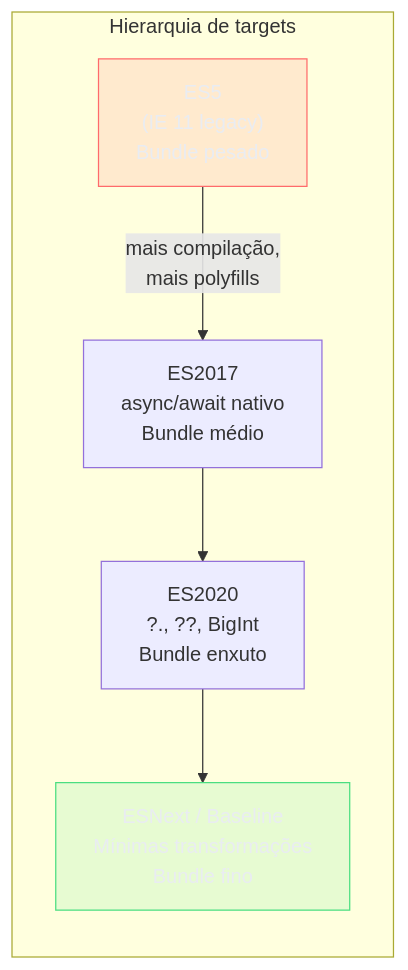
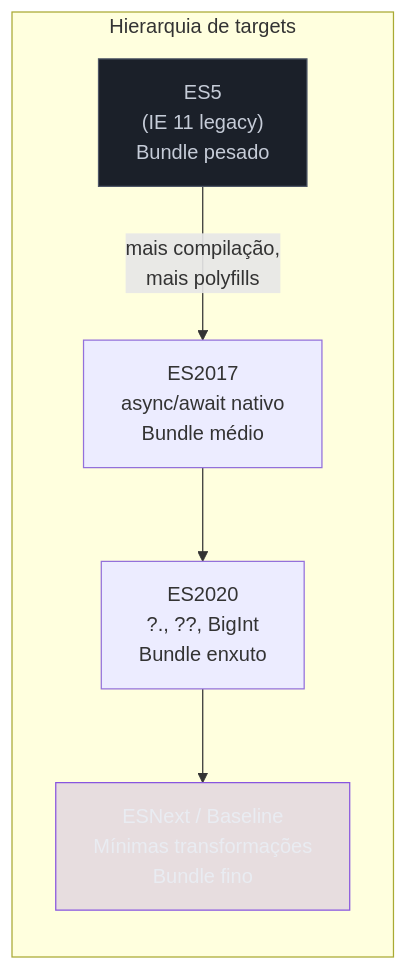
Before and after one commit to josenaldo/codex-technomanticus: the third of 8 diagrams in 03-Dominios/Tecnologia/Tooling e Build/08 - Transpilação e targets.md, drawn with Mermaid. The commit also changed other lines of this file and 601 other files, not shown here.

````diff
--- a/03-Dominios/Tecnologia/Tooling e Build/08 - Transpilação e targets.md
+++ b/03-Dominios/Tecnologia/Tooling e Build/08 - Transpilação e targets.md
@@ -255,18 +255,18 @@
 ```mermaid
 graph LR
-    classDef falha fill:#FF6B6B24,stroke:#FF6B6B,color:#E9ECF2
-    classDef ok fill:#4ADE8021,stroke:#4ADE80,color:#E9ECF2
+    classDef marca fill:#8855DF33,stroke:#8855DF,color:#E9ECF2
+    classDef neutro fill:#1B2029,stroke:#4E5666,color:#C6CCD8
     subgraph "Hierarquia de targets"
         ES5["ES5\n(IE 11 legacy)\nBundle pesado"]
         ES2017["ES2017\nasync/await nativo\nBundle médio"]
         ES2020["ES2020\n?., ??, BigInt\nBundle enxuto"]
         ESN["ESNext / Baseline\nMínimas transformações\nBundle fino"]
     end
 
     ES5 -->|"mais compilação,\nmais polyfills"| ES2017
     ES2017 --> ES2020
     ES2020 --> ESN
 
-    class ES5 falha
-    class ESN ok
+    class ES5 neutro
+    class ESN marca
 ```
````
